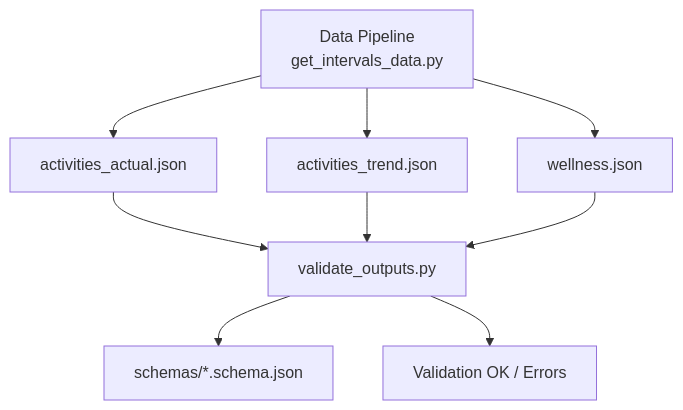
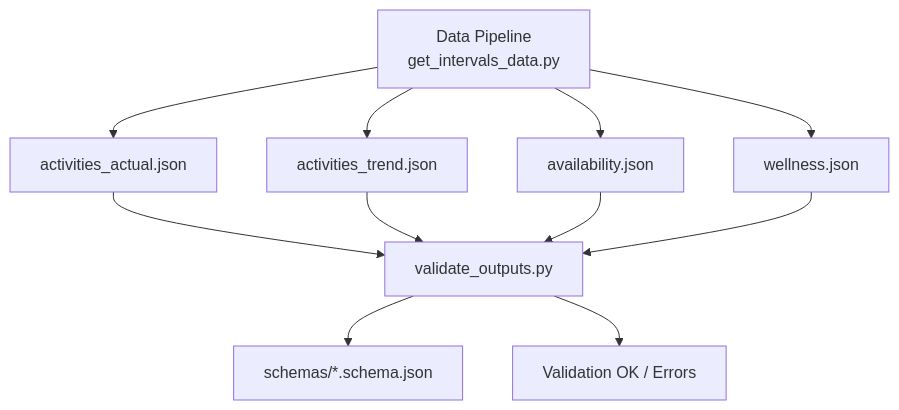
The diagram in doc/validation.md (albauer-priv/RPS), drawn with Mermaid before and after one commit. The commit also changed other lines of this file and 42 other files, not shown here.

````diff
--- a/doc/validation.md
+++ b/doc/validation.md
@@ -15,11 +15,13 @@
 ```mermaid
 flowchart TD
   DP[Data Pipeline\nget_intervals_data.py] --> AA[activities_actual.json]
   DP --> AT[activities_trend.json]
+  DP --> AV[availability.json]
   DP --> WL[wellness.json]
   AA --> VA[validate_outputs.py]
   AT --> VA
+  AV --> VA
   WL --> VA
   VA --> SC[schemas/*.schema.json]
   VA --> OK[Validation OK / Errors]
 ```
````
